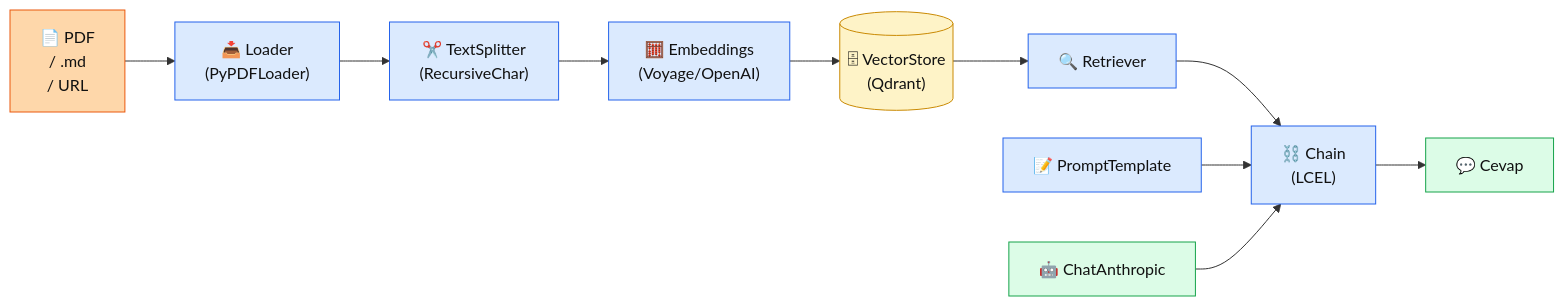
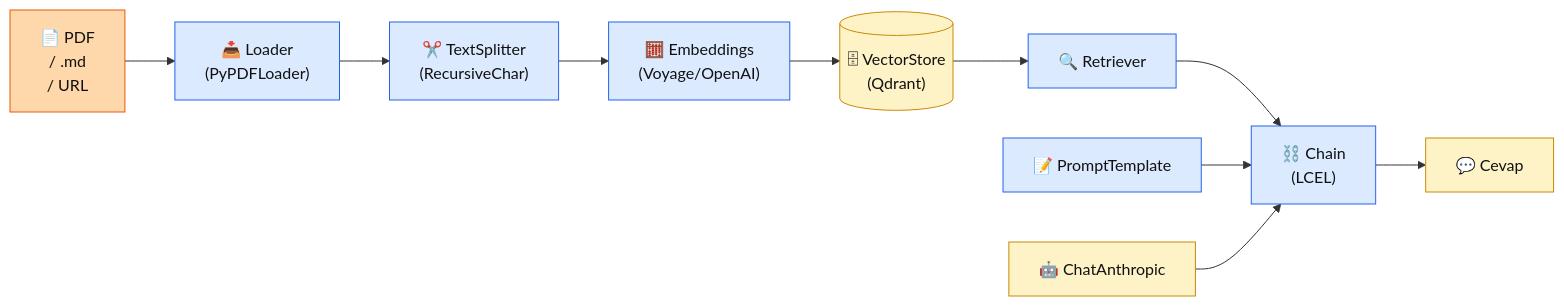
One commit to KemalG-u/muhendisal-platform changed the diagram in docs/bolum-4/06-langchain.md. Above: the diagram before and after it, drawn with Mermaid. The commit also changed other lines of this file and 8 other files, not shown here.

````diff
--- a/docs/bolum-4/06-langchain.md
+++ b/docs/bolum-4/06-langchain.md
@@ -38,27 +39,27 @@
 ```mermaid
 flowchart LR
   DOC["📄 PDF\n/ .md\n/ URL"]
   L["📥 Loader\n(PyPDFLoader)"]
   SP["✂️ TextSplitter\n(RecursiveChar)"]
   E["🧮 Embeddings\n(Voyage/OpenAI)"]
   VS[("🗄 VectorStore\n(Qdrant)")]
   R["🔍 Retriever"]
   PR["📝 PromptTemplate"]
   LLM["🤖 ChatAnthropic"]
   CH["⛓️ Chain\n(LCEL)"]
 
   DOC --> L --> SP --> E --> VS
   VS --> R --> CH
   PR --> CH
   LLM --> CH
   CH --> OUT["💬 Cevap"]
 
   classDef src fill:#fed7aa,stroke:#ea580c,color:#111
   classDef lc fill:#dbeafe,stroke:#2563eb,color:#111
   classDef db fill:#fef3c7,stroke:#ca8a04,color:#111
-  classDef out fill:#dcfce7,stroke:#16a34a,color:#111
+  classDef out fill:#fef3c7,stroke:#ca8a04,color:#111
   class DOC src
   class L,SP,E,R,PR,CH lc
   class VS db
   class LLM,OUT out
 ```
````
